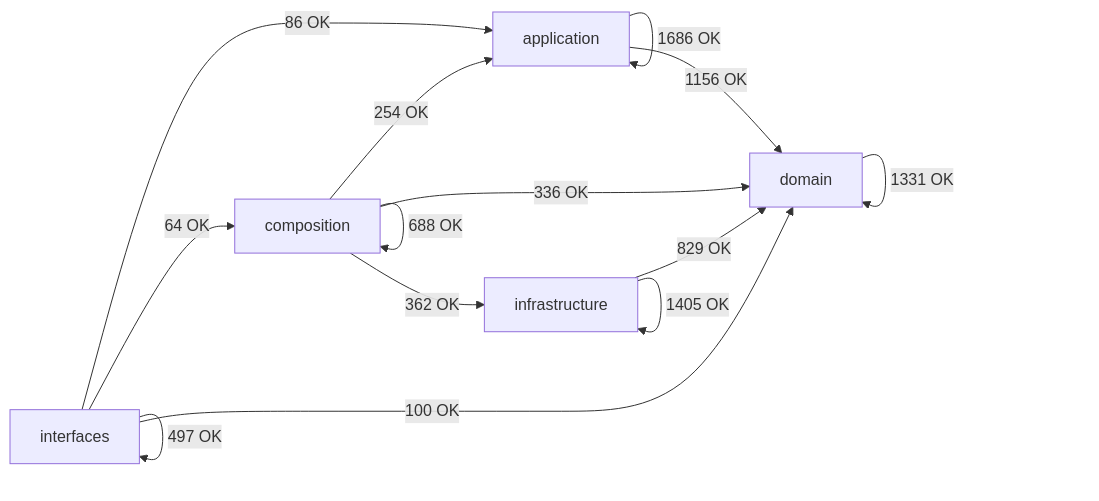
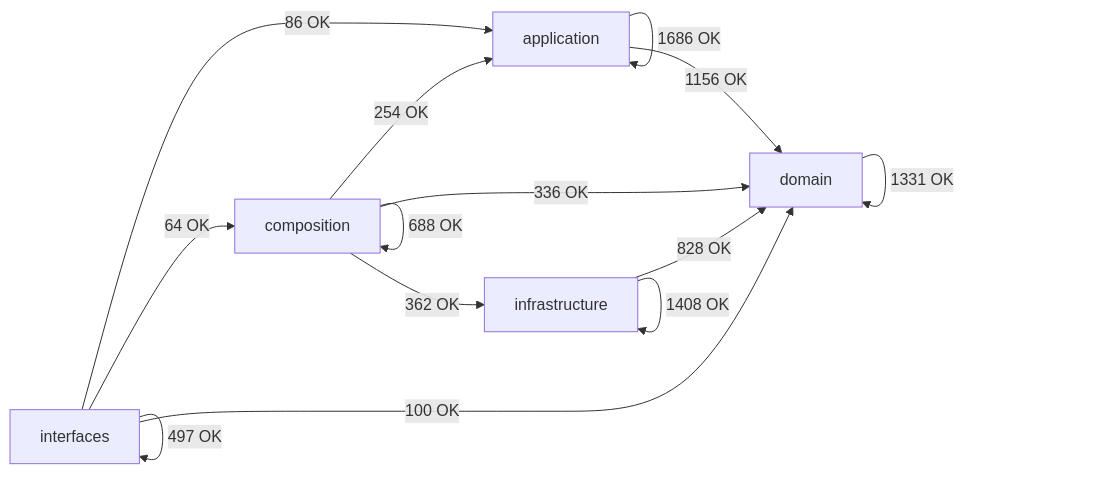
The diagram in docs/02-architecture/generated/module-dependency-map.md (SatoryKono/BioactivityDataAcquisition), drawn with Mermaid before and after one commit. The commit also changed other lines of this file and 7 other files, not shown here.

First line of the commit message:
fix(storage): keep restoration modules inside architecture budgets

````diff
--- a/docs/02-architecture/generated/module-dependency-map.md
+++ b/docs/02-architecture/generated/module-dependency-map.md
@@ -17,21 +17,21 @@
 ```mermaid
 flowchart LR
     domain[domain]
     application[application]
     infrastructure[infrastructure]
     composition[composition]
     interfaces[interfaces]
     application -->|1686 OK| application
     application -->|1156 OK| domain
     composition -->|254 OK| application
     composition -->|688 OK| composition
     composition -->|336 OK| domain
     composition -->|362 OK| infrastructure
     domain -->|1331 OK| domain
-    infrastructure -->|829 OK| domain
-    infrastructure -->|1405 OK| infrastructure
+    infrastructure -->|828 OK| domain
+    infrastructure -->|1408 OK| infrastructure
     interfaces -->|86 OK| application
     interfaces -->|64 OK| composition
     interfaces -->|100 OK| domain
     interfaces -->|497 OK| interfaces
 ```
````
